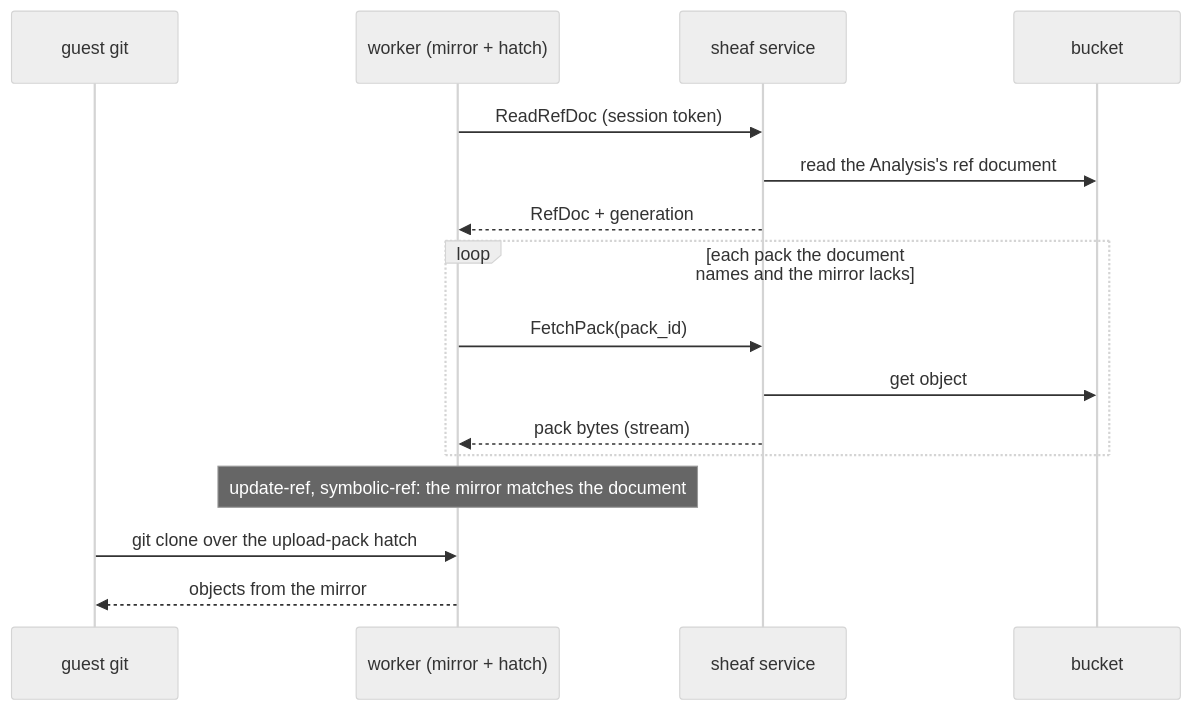
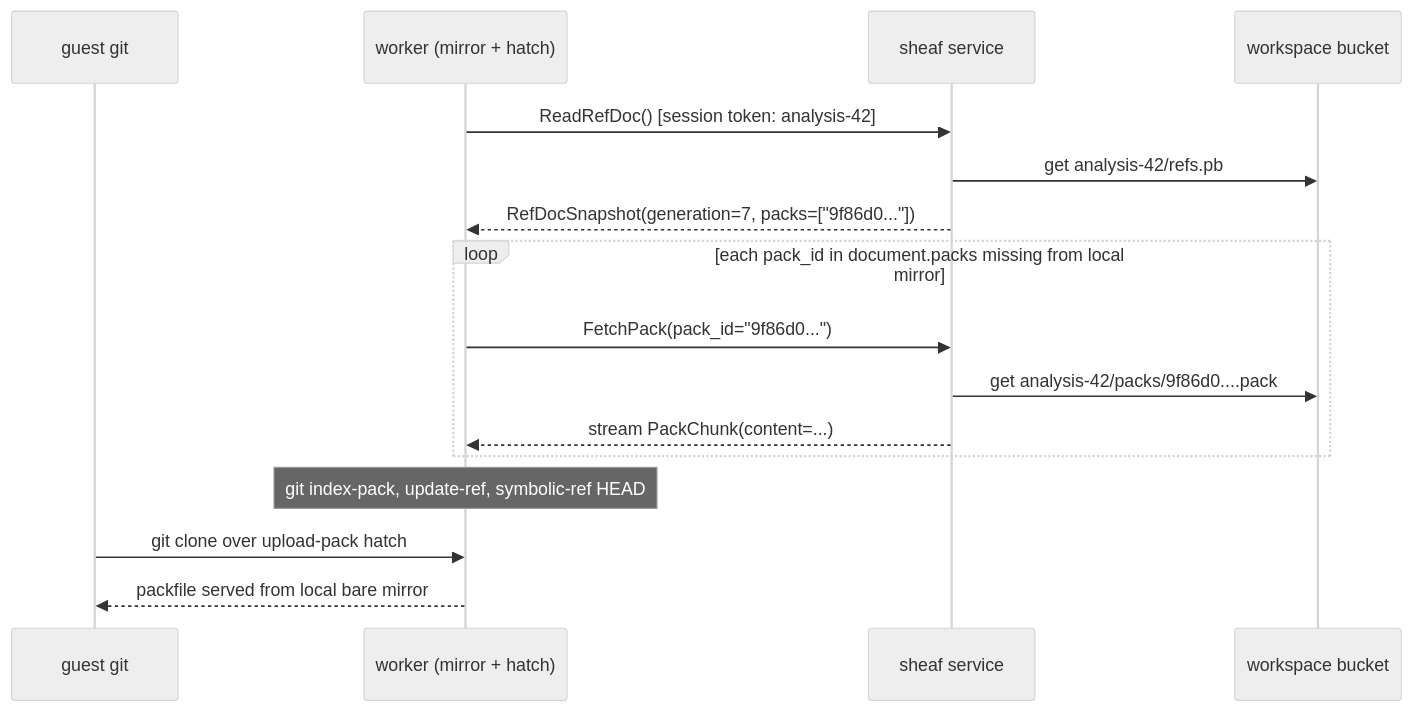
The first of 2 diagrams in docs/design/sheaf-service.md (populationgenomics/themis), drawn with Mermaid (neutral theme) before and after one commit. The commit also changed other lines of this file and 34 other files, not shown here.

````diff
--- a/docs/design/sheaf-service.md
+++ b/docs/design/sheaf-service.md
@@ -173,18 +258,18 @@
 ```mermaid
 sequenceDiagram
     participant G as guest git
     participant W as worker (mirror + hatch)
     participant S as sheaf service
-    participant B as bucket
-    W->>S: ReadRefDoc (session token)
-    S->>B: read the Analysis's ref document
-    S-->>W: RefDoc + generation
-    loop each pack the document names and the mirror lacks
-        W->>S: FetchPack(pack_id)
-        S->>B: get object
-        S-->>W: pack bytes (stream)
+    participant B as workspace bucket
+    W->>S: ReadRefDoc() [session token: analysis-42]
+    S->>B: get analysis-42/refs.pb
+    S-->>W: RefDocSnapshot(generation=7, packs=["9f86d0..."])
+    loop each pack_id in document.packs missing from local mirror
+        W->>S: FetchPack(pack_id="9f86d0...")
+        S->>B: get analysis-42/packs/9f86d0....pack
+        S-->>W: stream PackChunk(content=...)
     end
-    Note over W: update-ref, symbolic-ref: the mirror matches the document
-    G->>W: git clone over the upload-pack hatch
-    W-->>G: objects from the mirror
+    Note over W: git index-pack, update-ref, symbolic-ref HEAD
+    G->>W: git clone over upload-pack hatch
+    W-->>G: packfile served from local bare mirror
 ```
````
